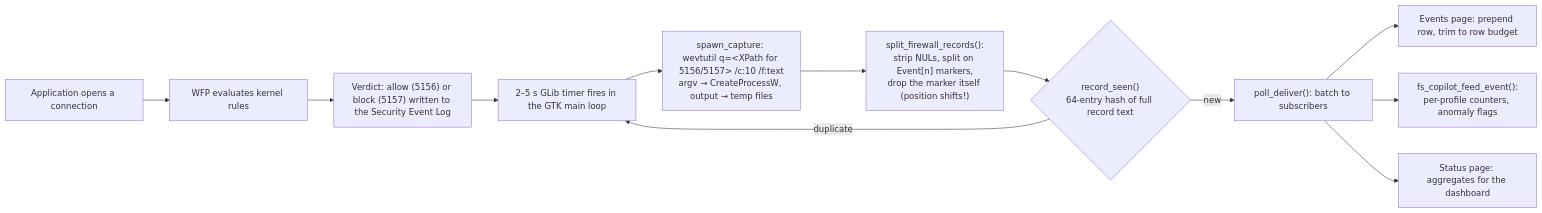
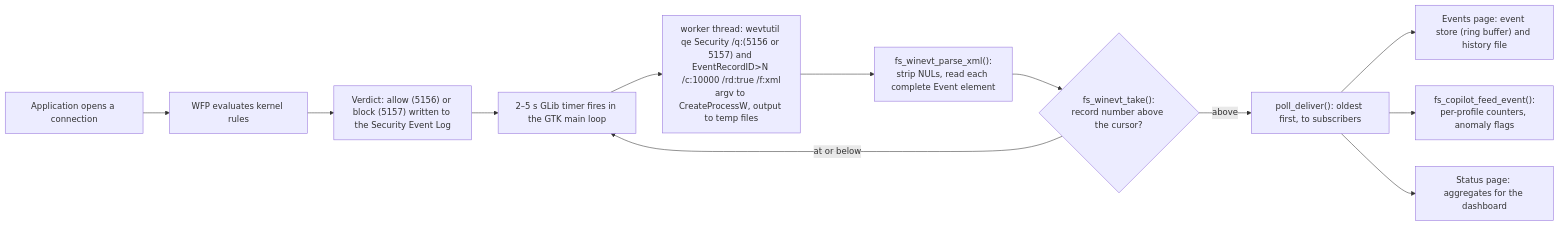
One commit to Cazo-Net/StockFW changed the third of 8 diagrams in docs/ARCHITECTURE-AND-SECURITY.md. Above: the diagram before and after it, drawn with Mermaid. The commit also changed other lines of this file and 21 other files, not shown here.

````diff
--- a/docs/ARCHITECTURE-AND-SECURITY.md
+++ b/docs/ARCHITECTURE-AND-SECURITY.md
@@ -165,14 +165,14 @@
 ```mermaid
 flowchart LR
     A["Application opens a connection"] --> B["WFP evaluates kernel rules"]
     B --> C["Verdict: allow (5156) or block (5157) written to the Security Event Log"]
     C --> D["2–5 s GLib timer fires in the GTK main loop"]
-    D --> E["spawn_capture: wevtutil q=&lt;XPath for 5156/5157&gt; /c:10 /f:text<br/>argv → CreateProcessW, output → temp files"]
-    E --> F["split_firewall_records():<br/>strip NULs, split on Event[n] markers,<br/>drop the marker itself (position shifts!)"]
-    F --> G{"record_seen()<br/>64-entry hash of full record text"}
-    G -->|"duplicate"| D
-    G -->|"new"| H["poll_deliver(): batch to subscribers"]
-    H --> I["Events page: prepend row, trim to row budget"]
+    D --> E["worker thread: wevtutil qe Security /q:(5156 or 5157) and EventRecordID&gt;N /c:10000 /rd:true /f:xml<br/>argv to CreateProcessW, output to temp files"]
+    E --> F["fs_winevt_parse_xml():<br/>strip NULs, read each complete Event element"]
+    F --> G{"fs_winevt_take():<br/>record number above the cursor?"}
+    G -->|"at or below"| D
+    G -->|"above"| H["poll_deliver(): oldest first, to subscribers"]
+    H --> I["Events page: event store (ring buffer) and history file"]
     H --> J["fs_copilot_feed_event():<br/>per-profile counters, anomaly flags"]
     H --> K["Status page: aggregates for the dashboard"]
 ```
````
